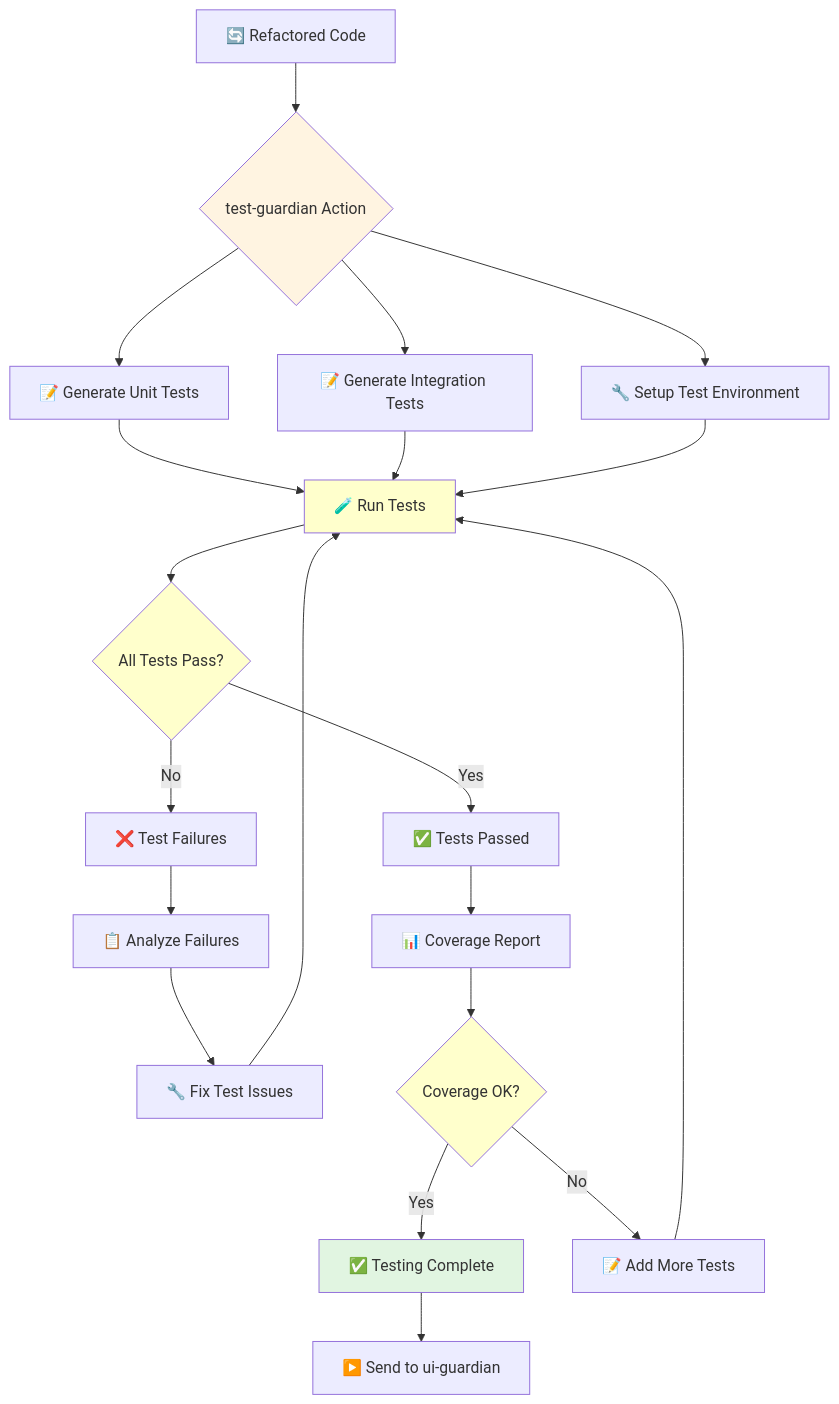
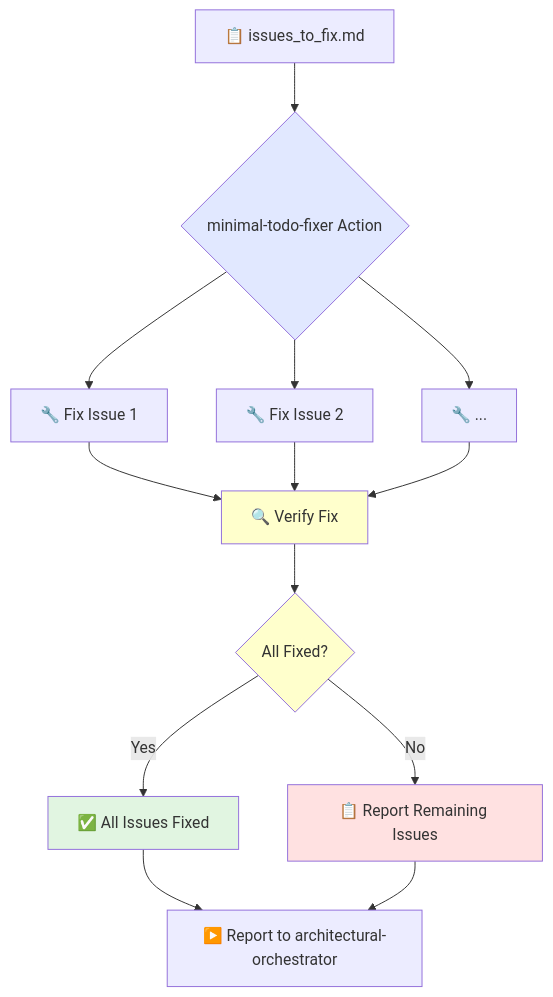
Before and after one commit to kairin/claude-guardian-agents: the fourth of 5 diagrams in docs/workflows/development-workflow.md, drawn with Mermaid. The commit also changed other lines of this file and 80 other files, not shown here.

````diff
--- a/docs/workflows/development-workflow.md
+++ b/docs/workflows/development-workflow.md
@@ -138,33 +75,24 @@
 ```mermaid
 flowchart TD
-    A[🔄 Refactored Code] --> B{test-guardian Action}
-    B --> C[📝 Generate Unit Tests]
-    B --> D[📝 Generate Integration Tests]
-    B --> E[🔧 Setup Test Environment]
+    A[📋 issues_to_fix.md] --> B{minimal-todo-fixer Action}
+    B --> C[🔧 Fix Issue 1]
+    B --> D[🔧 Fix Issue 2]
+    B --> E[🔧 ...]
 
-    C --> F[🧪 Run Tests]
+    C --> F[🔍 Verify Fix]
     D --> F
     E --> F
 
-    F --> G{All Tests Pass?}
-    G -->|Yes| H[✅ Tests Passed]
-    G -->|No| I[❌ Test Failures]
+    F --> G{All Fixed?}
+    G -->|Yes| H[✅ All Issues Fixed]
+    G -->|No| I[📋 Report Remaining Issues]
 
-    I --> J[📋 Analyze Failures]
-    J --> K[🔧 Fix Test Issues]
-    K --> F
+    H --> J[▶️ Report to architectural-orchestrator]
+    I --> J
 
-    H --> L[📊 Coverage Report]
-    L --> M{Coverage OK?}
-    M -->|Yes| N[✅ Testing Complete]
-    M -->|No| O[📝 Add More Tests]
-    O --> F
-
-    N --> P[▶️ Send to ui-guardian]
-
-    style B fill:#fff4e1
+    style B fill:#e1e8ff
     style F fill:#ffffcc
     style G fill:#ffffcc
-    style M fill:#ffffcc
-    style N fill:#e1f5e1
+    style H fill:#e1f5e1
+    style I fill:#ffe1e1
 ```
````
